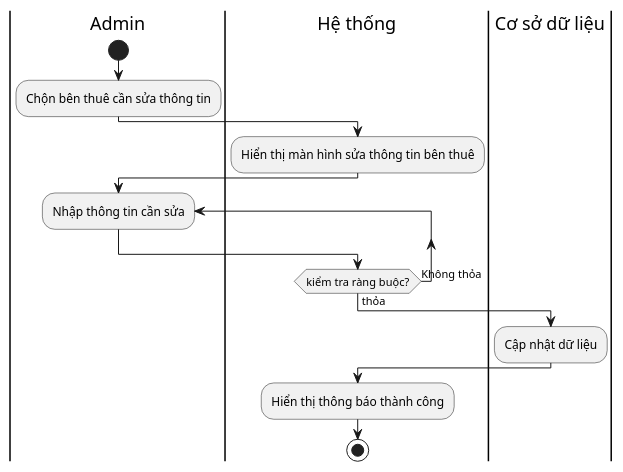
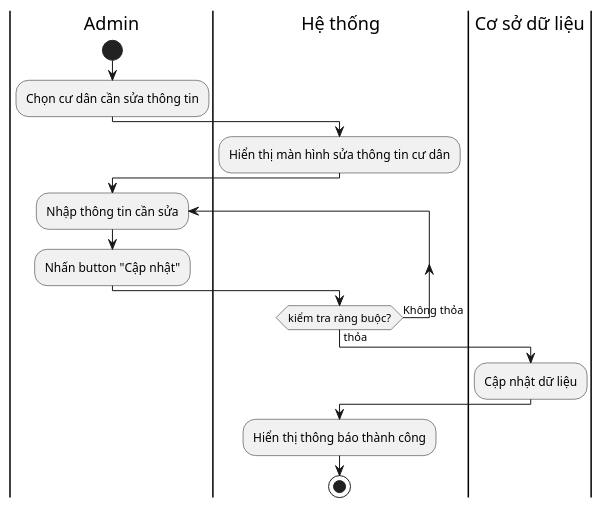
The diagram in Lab1/Lab1.2/Activity Diagram/Quản lý cư dân/Sửa thông tin cư dân.plantuml (QuickyBooster/SE357-Pratice-class), drawn with PlantUML before and after one commit. The commit also changed 7 other files, not shown here.

Commit message:
thuyduong class diagram

```diff
--- a/Lab1/Lab1.2/Activity Diagram/Quản lý cư dân/Sửa thông tin cư dân.plantuml
+++ b/Lab1/Lab1.2/Activity Diagram/Quản lý cư dân/Sửa thông tin cư dân.plantuml
@@ -1,16 +1,18 @@
 @startuml
 |Admin|
 start
-:Chộn bên thuê cần sửa thông tin;
+:Chọn cư dân cần sửa thông tin;
 |Hệ thống|
-:Hiển thị màn hình sửa thông tin bên thuê;
+:Hiển thị màn hình sửa thông tin cư dân;
 |Admin|
 repeat :Nhập thông tin cần sửa;
+|Admin|
+:Nhấn button "Cập nhật";
 |Hệ thống|
 repeat while (kiểm tra ràng buộc?) is (Không thỏa) not (thỏa)
 |Cơ sở dữ liệu|
 :Cập nhật dữ liệu;
 |Hệ thống|
 :Hiển thị thông báo thành công;
 stop
 @enduml
```
